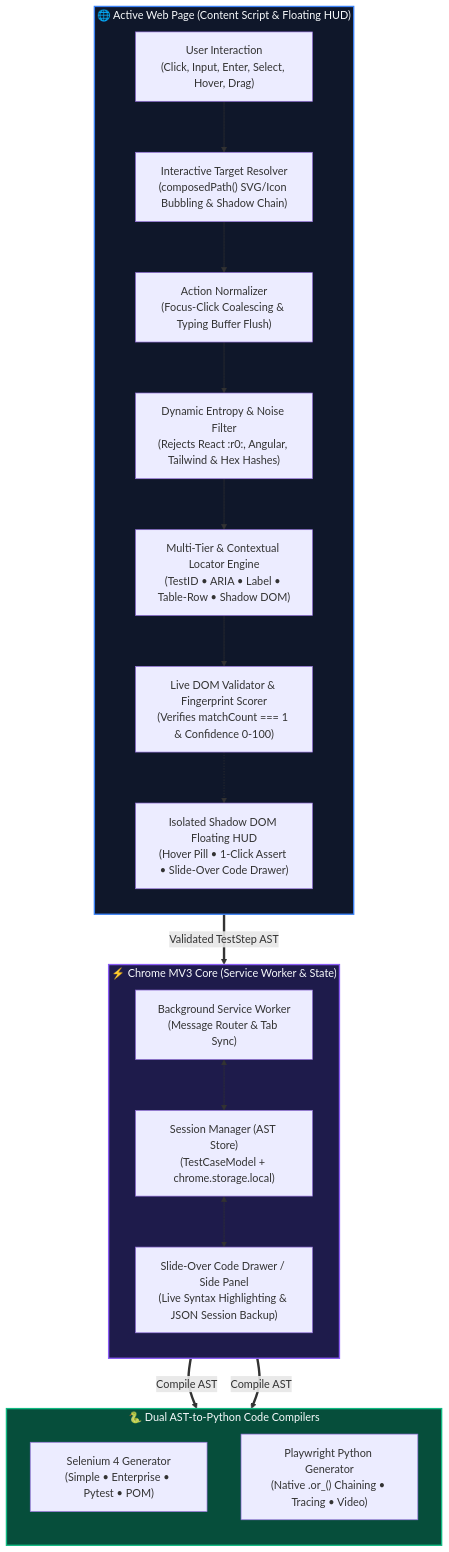
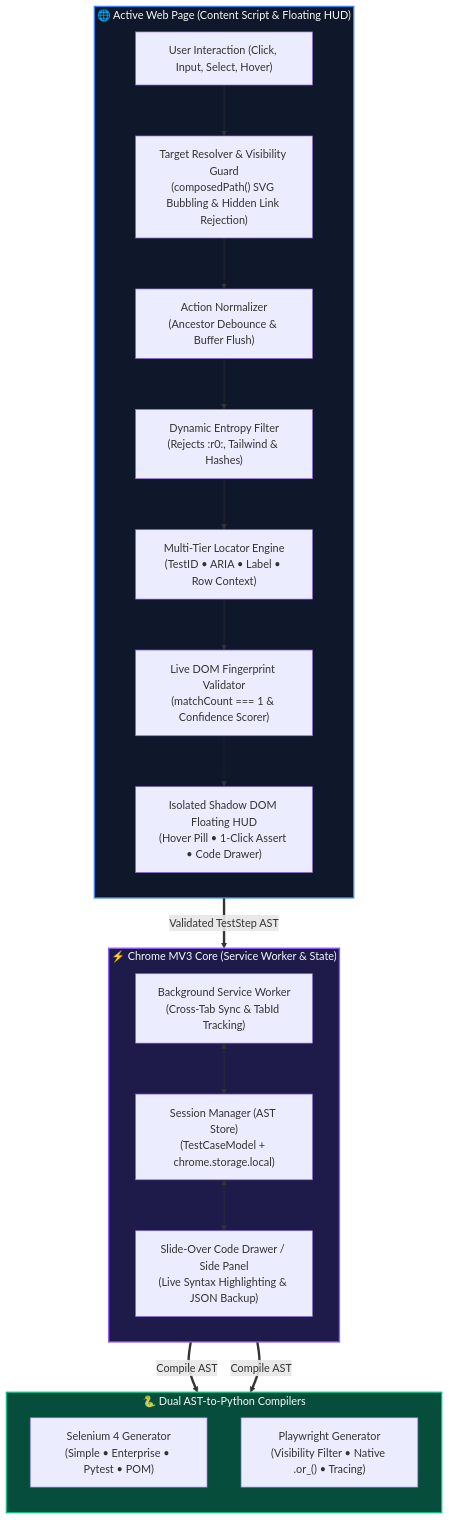
The diagram in README.md (venkatesh01-t/chrome-driver), drawn with Mermaid before and after one commit. The commit also changed other lines of this file and 6 other files, not shown here.

````diff
--- a/README.md
+++ b/README.md
@@ -58,38 +62,38 @@
 ```mermaid
 flowchart TB
     subgraph Browser["🌐 Active Web Page (Content Script & Floating HUD)"]
         direction TB
-        DOM["User Interaction<br/>(Click, Input, Enter, Select, Hover, Drag)"]
-        BUBBLE["Interactive Target Resolver<br/>(composedPath() SVG/Icon Bubbling & Shadow Chain)"]
-        NORM["Action Normalizer<br/>(Focus-Click Coalescing & Typing Buffer Flush)"]
-        ENTROPY["Dynamic Entropy & Noise Filter<br/>(Rejects React :r0:, Angular, Tailwind & Hex Hashes)"]
-        ANCHOR["Multi-Tier & Contextual Locator Engine<br/>(TestID • ARIA • Label • Table-Row • Shadow DOM)"]
-        VAL["Live DOM Validator & Fingerprint Scorer<br/>(Verifies matchCount === 1 & Confidence 0-100)"]
-        HUD["Isolated Shadow DOM Floating HUD<br/>(Hover Pill • 1-Click Assert • Slide-Over Code Drawer)"]
+        DOM["User Interaction (Click, Input, Select, Hover)"]
+        BUBBLE["Target Resolver & Visibility Guard<br/>(composedPath() SVG Bubbling & Hidden Link Rejection)"]
+        NORM["Action Normalizer<br/>(Ancestor Debounce & Buffer Flush)"]
+        ENTROPY["Dynamic Entropy Filter<br/>(Rejects :r0:, Tailwind & Hashes)"]
+        ANCHOR["Multi-Tier Locator Engine<br/>(TestID • ARIA • Label • Row Context)"]
+        VAL["Live DOM Fingerprint Validator<br/>(matchCount === 1 & Confidence Scorer)"]
+        HUD["Isolated Shadow DOM Floating HUD<br/>(Hover Pill • 1-Click Assert • Code Drawer)"]
 
         DOM --> BUBBLE --> NORM --> ENTROPY --> ANCHOR --> VAL
         VAL -.-> HUD
     end
 
     subgraph Extension["⚡ Chrome MV3 Core (Service Worker & State)"]
         direction TB
-        SW["Background Service Worker<br/>(Message Router & Tab Sync)"]
+        SW["Background Service Worker<br/>(Cross-Tab Sync & TabId Tracking)"]
         SM["Session Manager (AST Store)<br/>(TestCaseModel + chrome.storage.local)"]
-        UI["Slide-Over Code Drawer / Side Panel<br/>(Live Syntax Highlighting & JSON Session Backup)"]
+        UI["Slide-Over Code Drawer / Side Panel<br/>(Live Syntax Highlighting & JSON Backup)"]
 
         SW <--> SM <--> UI
     end
 
-    subgraph Compiler["🐍 Dual AST-to-Python Code Compilers"]
+    subgraph Compiler["🐍 Dual AST-to-Python Compilers"]
         direction TB
         SEL["Selenium 4 Generator<br/>(Simple • Enterprise • Pytest • POM)"]
-        PW["Playwright Python Generator<br/>(Native .or_() Chaining • Tracing • Video)"]
+        PW["Playwright Generator<br/>(Visibility Filter • Native .or_() • Tracing)"]
     end
 
     VAL ==>|"Validated TestStep AST"| SW
     UI ==>|"Compile AST"| SEL & PW
 
     style Browser fill:#0f172a,stroke:#3b82f6,stroke-width:2px,color:#f8fafc
     style Extension fill:#1e1b4b,stroke:#8b5cf6,stroke-width:2px,color:#f8fafc
     style Compiler fill:#064e3b,stroke:#10b981,stroke-width:2px,color:#f8fafc
 ```
````
